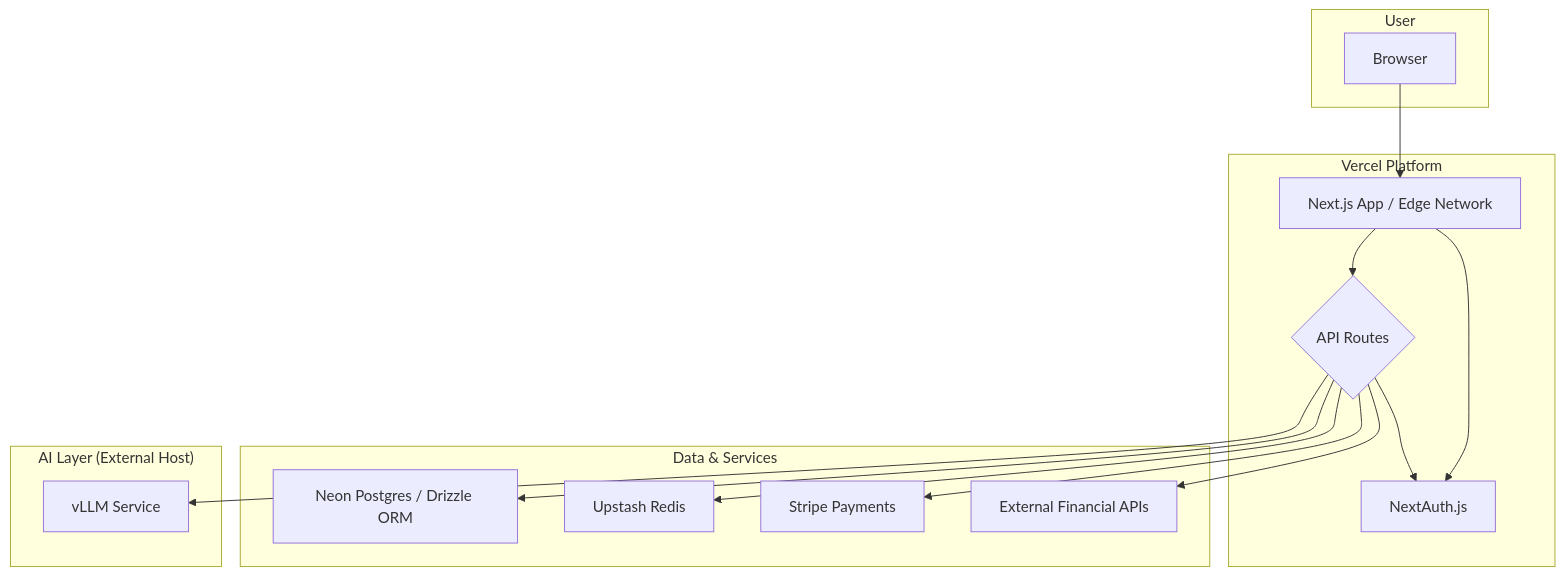
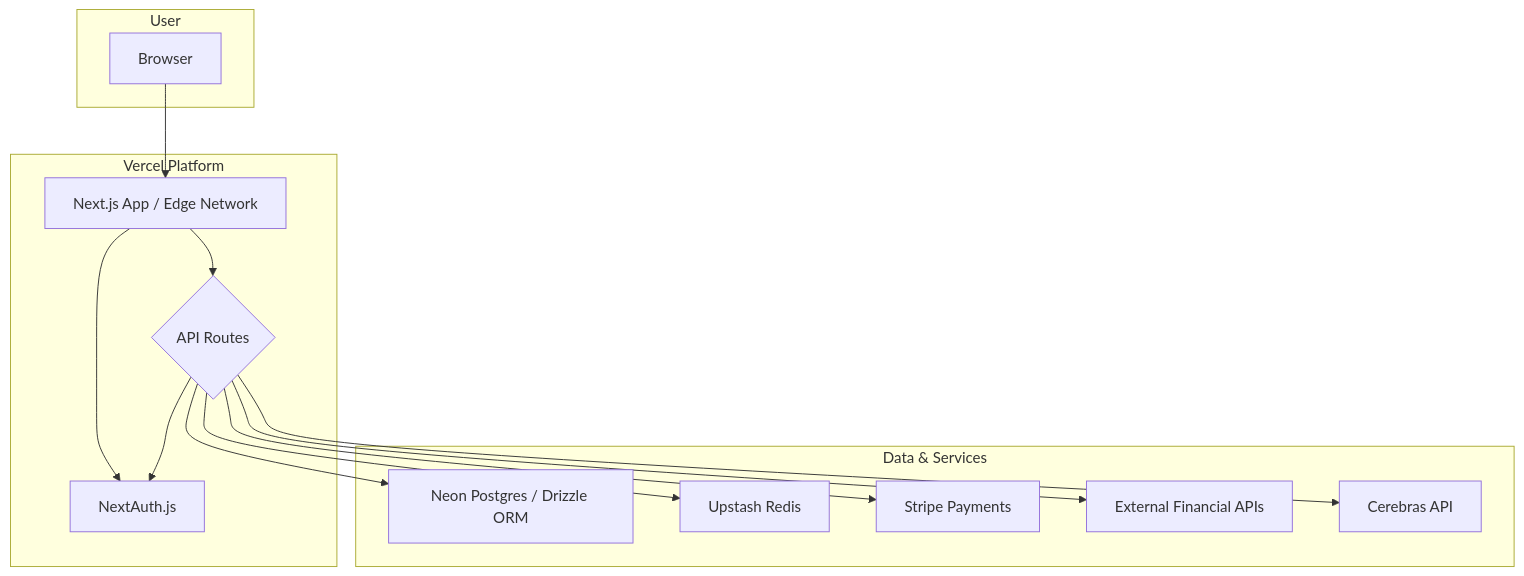
Before and after one commit to CadBane-ai/PriceControl-AI2: the diagram in docs/architecture/2-high-level-architecture.md, drawn with Mermaid. The commit also changed other lines of this file and 16 other files, not shown here.

````diff
--- a/docs/architecture/2-high-level-architecture.md
+++ b/docs/architecture/2-high-level-architecture.md
@@ -16,30 +16,27 @@
 ```mermaid
 graph TD
     subgraph User
         A[Browser]
     end
 
     subgraph "Vercel Platform"
         B[Next.js App / Edge Network] --> C{API Routes};
         B --> D[NextAuth.js];
     end
 
     subgraph "Data & Services"
         E[Neon Postgres / Drizzle ORM]
         F[Upstash Redis]
         G[Stripe Payments]
         H[External Financial APIs]
-    end
-
-    subgraph "AI Layer (External Host)"
-        I[vLLM Service]
+        I[Cerebras API]
     end
 
     A --> B;
     C --> D;
     C --> E;
     C --> F;
     C --> G;
     C --> H;
     C --> I;
 ```
````
